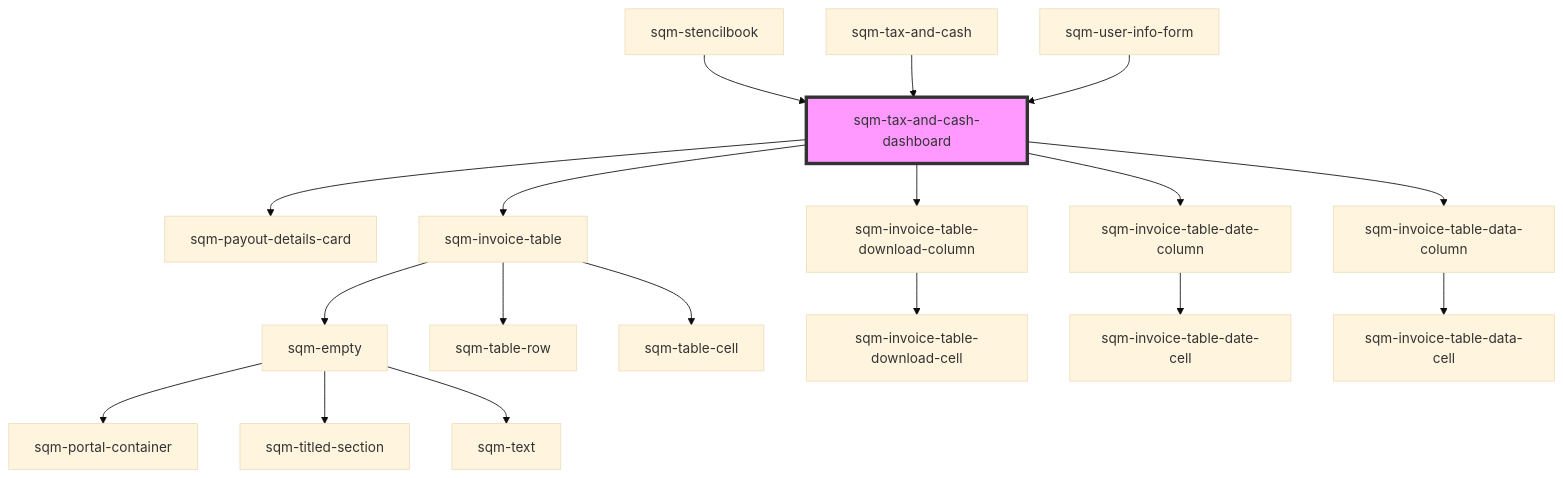
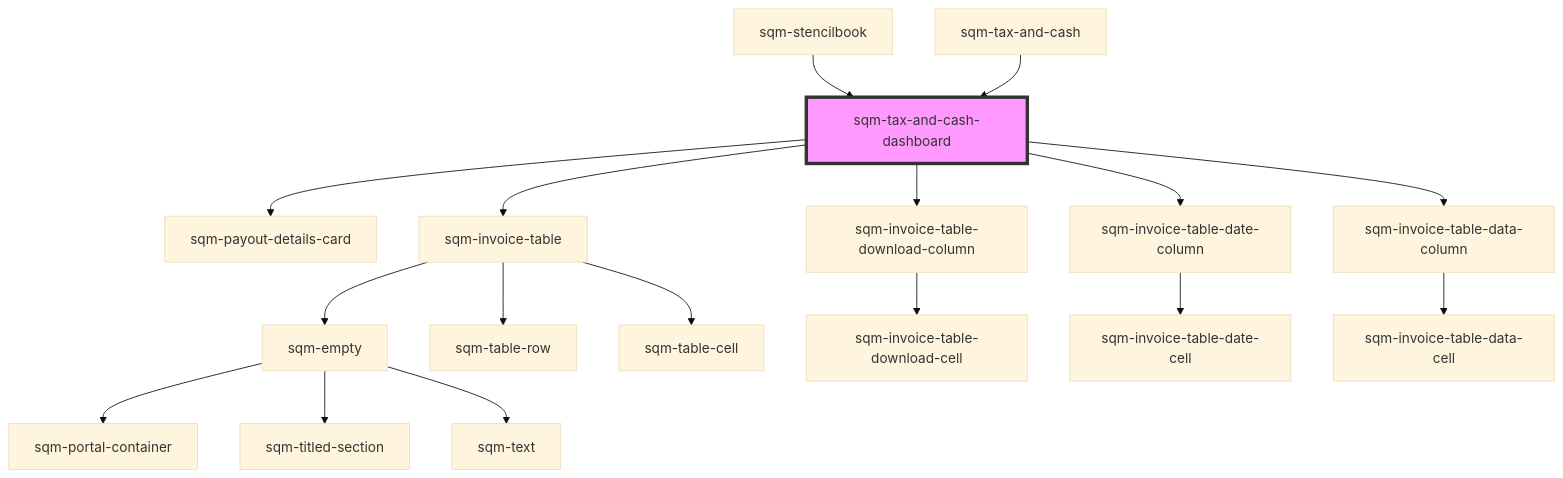
The diagram in packages/mint-components/src/components/tax-and-cash/sqm-tax-and-cash-dashboard/readme.md (saasquatch/program-tools), drawn with Mermaid (base theme) before and after one commit. The commit also changed other lines of this file and 28 other files, not shown here.

Commit message:
fix code splitting for sqm-user-info-form

````diff
--- a/packages/mint-components/src/components/tax-and-cash/sqm-tax-and-cash-dashboard/readme.md
+++ b/packages/mint-components/src/components/tax-and-cash/sqm-tax-and-cash-dashboard/readme.md
@@ -95,21 +94,20 @@
 ```mermaid
 graph TD;
   sqm-tax-and-cash-dashboard --> sqm-payout-details-card
   sqm-tax-and-cash-dashboard --> sqm-invoice-table
   sqm-tax-and-cash-dashboard --> sqm-invoice-table-download-column
   sqm-tax-and-cash-dashboard --> sqm-invoice-table-date-column
   sqm-tax-and-cash-dashboard --> sqm-invoice-table-data-column
   sqm-invoice-table --> sqm-empty
   sqm-invoice-table --> sqm-table-row
   sqm-invoice-table --> sqm-table-cell
   sqm-empty --> sqm-portal-container
   sqm-empty --> sqm-titled-section
   sqm-empty --> sqm-text
   sqm-invoice-table-download-column --> sqm-invoice-table-download-cell
   sqm-invoice-table-date-column --> sqm-invoice-table-date-cell
   sqm-invoice-table-data-column --> sqm-invoice-table-data-cell
   sqm-stencilbook --> sqm-tax-and-cash-dashboard
   sqm-tax-and-cash --> sqm-tax-and-cash-dashboard
-  sqm-user-info-form --> sqm-tax-and-cash-dashboard
   style sqm-tax-and-cash-dashboard fill:#f9f,stroke:#333,stroke-width:4px
 ```
````
